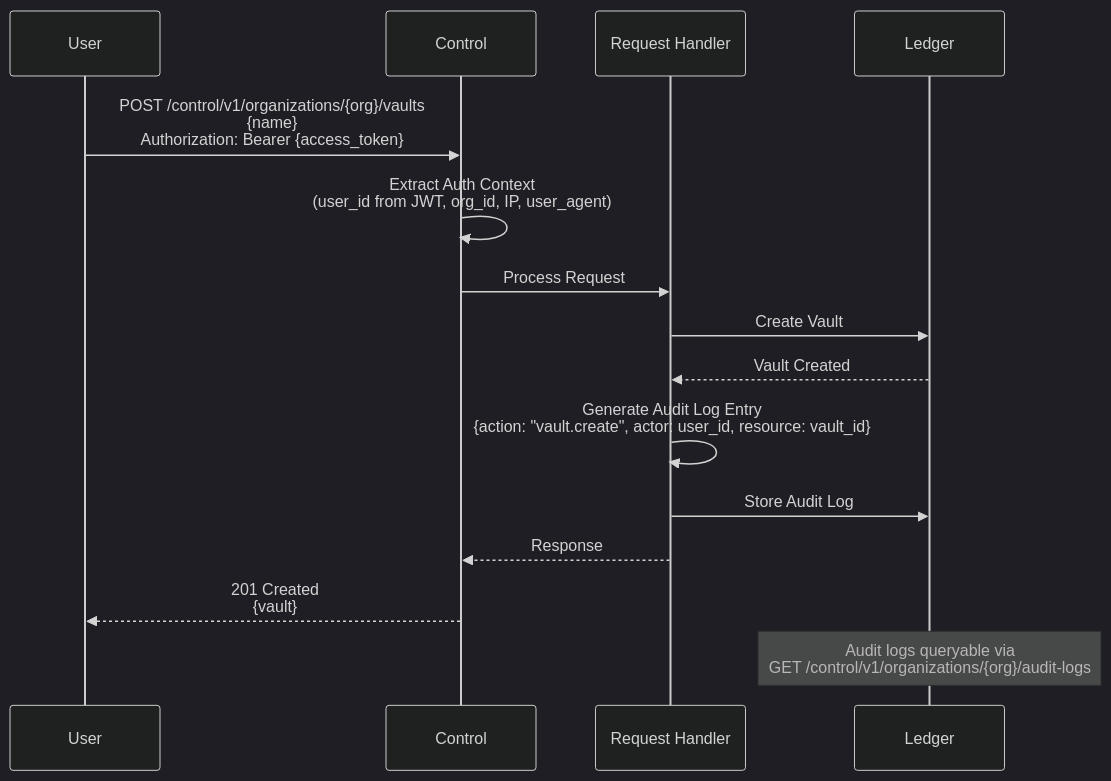
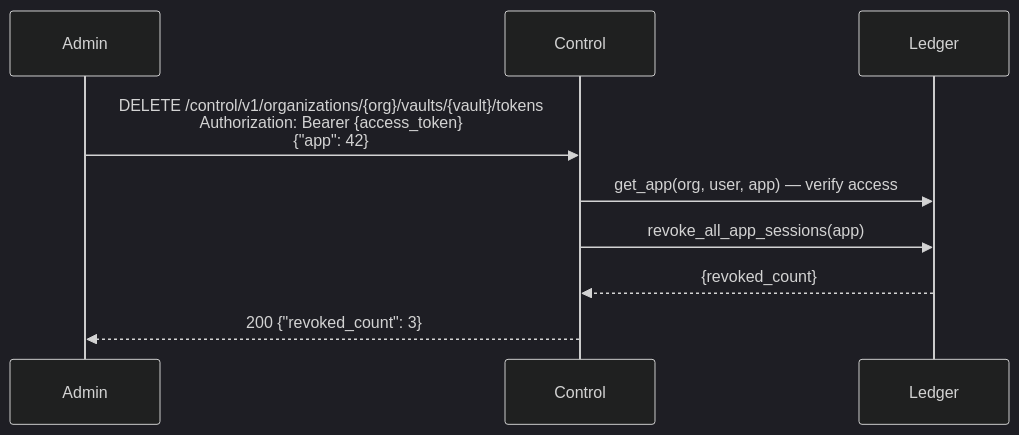
Before and after one commit to inferadb/control: diagram 12 of 14 in docs/flows.md, drawn with Mermaid (dark theme). The commit also changed other lines of this file and 14 other files, not shown here.

````diff
--- a/docs/flows.md
+++ b/docs/flows.md
@@ -248,26 +287,12 @@
 ```mermaid
 sequenceDiagram
-    participant User
-    participant API as Control
-    participant Handler as Request Handler
-    participant DB as Ledger
+    participant Admin
+    participant Control
+    participant Ledger
 
-    User->>API: POST /control/v1/organizations/{org}/vaults<br/>{name}<br/>Authorization: Bearer {access_token}
-
-    API->>API: Extract Auth Context<br/>(user_id from JWT, org_id, IP, user_agent)
-
-    API->>Handler: Process Request
-
-    Handler->>DB: Create Vault
-    DB-->>Handler: Vault Created
-
-    Handler->>Handler: Generate Audit Log Entry<br/>{action: "vault.create", actor: user_id, resource: vault_id}
-
-    Handler->>DB: Store Audit Log
-
-    Handler-->>API: Response
-
-    API-->>User: 201 Created<br/>{vault}
-
-    Note over DB: Audit logs queryable via<br/>GET /control/v1/organizations/{org}/audit-logs
+    Admin->>Control: DELETE /control/v1/organizations/{org}/vaults/{vault}/tokens<br/>Authorization: Bearer {access_token}<br/>{"app": 42}
+    Control->>Ledger: get_app(org, user, app) — verify access
+    Control->>Ledger: revoke_all_app_sessions(app)
+    Ledger-->>Control: {revoked_count}
+    Control-->>Admin: 200 {"revoked_count": 3}
 ```
````
